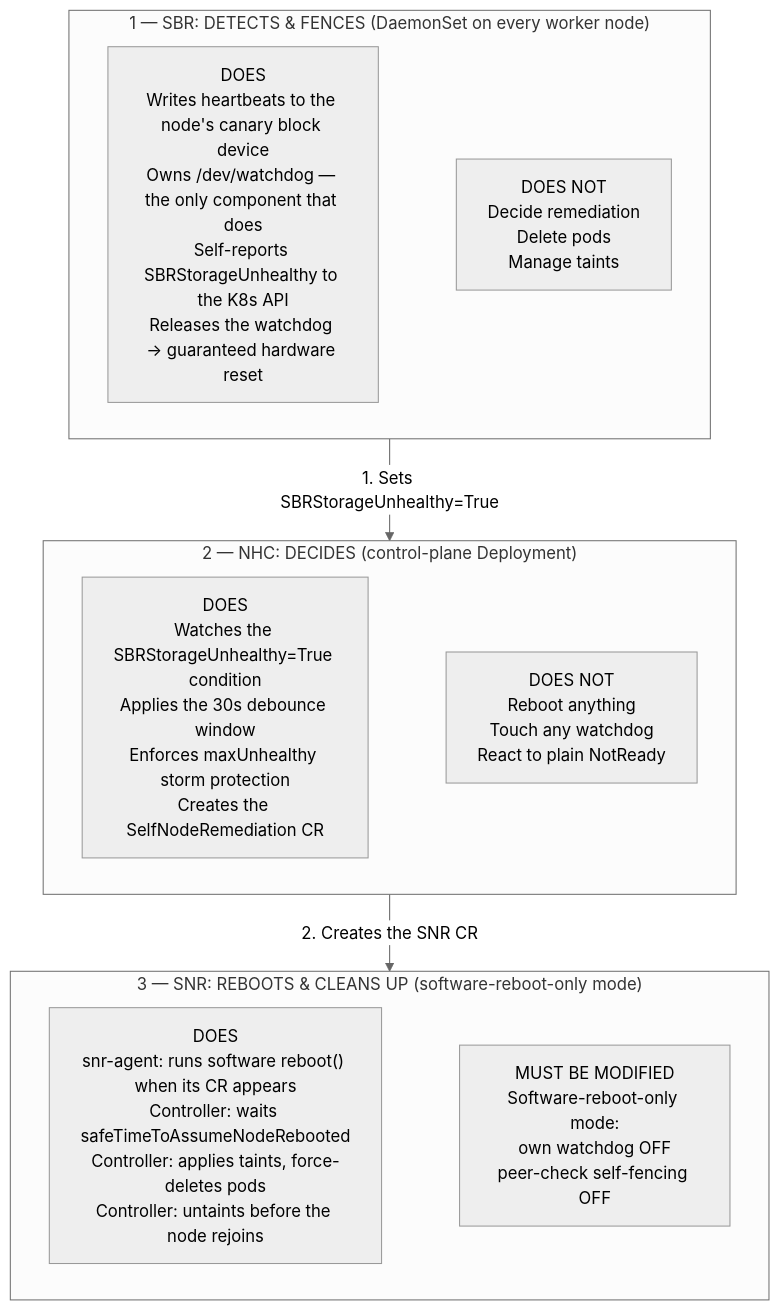
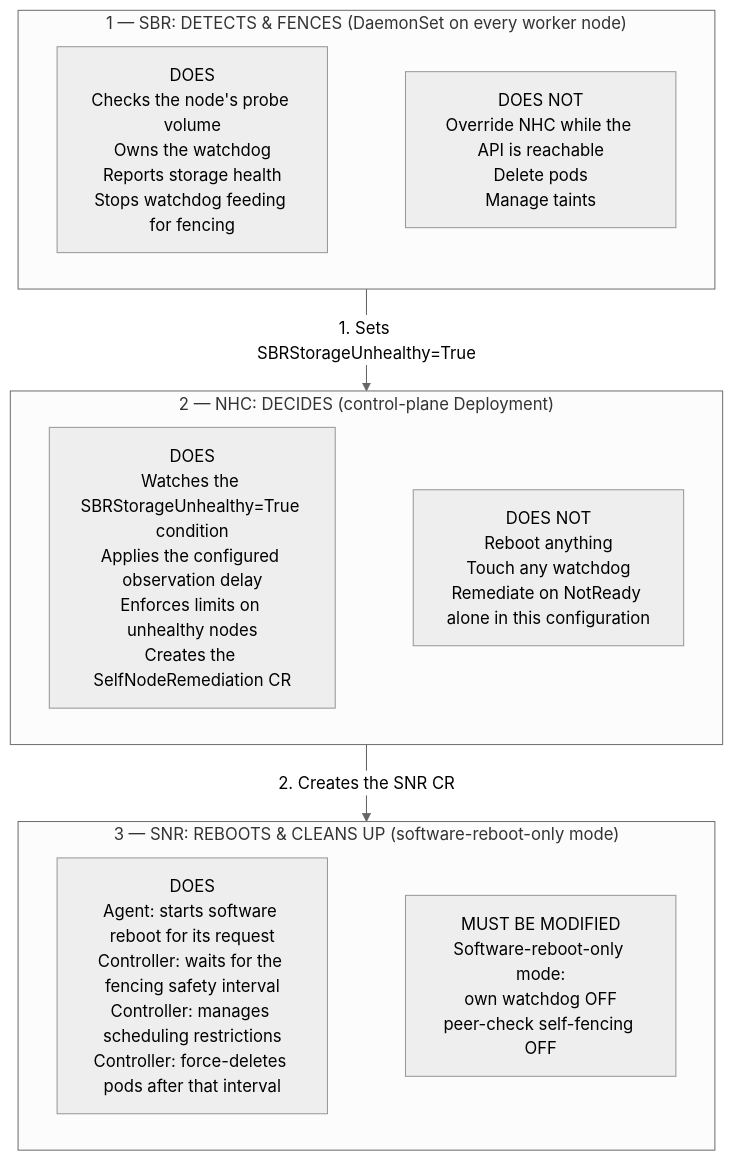
The first of 6 diagrams in docs/design/storage-arbitrated-remediation.md (mpryc/storage-based-remediation), drawn with Mermaid (neutral theme) before and after one commit. The commit also changed other lines of this file, not shown here.

Commit message:
update sbr storage arbitrated remediation design doc

````diff
--- a/docs/design/storage-arbitrated-remediation.md
+++ b/docs/design/storage-arbitrated-remediation.md
@@ -187,26 +93,26 @@
 ```mermaid
 flowchart TB
   subgraph SBRB["1 — SBR: DETECTS & FENCES (DaemonSet on every worker node)"]
     direction LR
-    S1["DOES<br/>Writes heartbeats to the node's canary block device<br/>Owns /dev/watchdog — the only component that does<br/>Self-reports SBRStorageUnhealthy to the K8s API<br/>Releases the watchdog → guaranteed hardware reset"]
-    S2["DOES NOT<br/>Decide remediation<br/>Delete pods<br/>Manage taints"]
+    S1["DOES<br/>Checks the node's probe volume<br/>Owns the watchdog<br/>Reports storage health<br/>Stops watchdog feeding for fencing"]
+    S2["DOES NOT<br/>Override NHC while the API is reachable<br/>Delete pods<br/>Manage taints"]
     S1 ~~~ S2
   end
 
   subgraph NHCB["2 — NHC: DECIDES (control-plane Deployment)"]
     direction LR
-    N1["DOES<br/>Watches the SBRStorageUnhealthy=True condition<br/>Applies the 30s debounce window<br/>Enforces maxUnhealthy storm protection<br/>Creates the SelfNodeRemediation CR"]
-    N2["DOES NOT<br/>Reboot anything<br/>Touch any watchdog<br/>React to plain NotReady"]
+    N1["DOES<br/>Watches the SBRStorageUnhealthy=True condition<br/>Applies the configured observation delay<br/>Enforces limits on unhealthy nodes<br/>Creates the SelfNodeRemediation CR"]
+    N2["DOES NOT<br/>Reboot anything<br/>Touch any watchdog<br/>Remediate on NotReady alone in this configuration"]
     N1 ~~~ N2
   end
 
   subgraph SNRB["3 — SNR: REBOOTS & CLEANS UP (software-reboot-only mode)"]
     direction LR
-    R1["DOES<br/>snr-agent: runs software reboot() when its CR appears<br/>Controller: waits safeTimeToAssumeNodeRebooted<br/>Controller: applies taints, force-deletes pods<br/>Controller: untaints before the node rejoins"]
+    R1["DOES<br/>Agent: starts software reboot for its request<br/>Controller: waits for the fencing safety interval<br/>Controller: manages scheduling restrictions<br/>Controller: force-deletes pods after that interval"]
     R2["MUST BE MODIFIED<br/>Software-reboot-only mode:<br/>own watchdog OFF<br/>peer-check self-fencing OFF"]
     R1 ~~~ R2
   end
 
   SBRB -- "1. Sets SBRStorageUnhealthy=True" --> NHCB
   NHCB -- "2. Creates the SNR CR" --> SNRB
 ```
````
